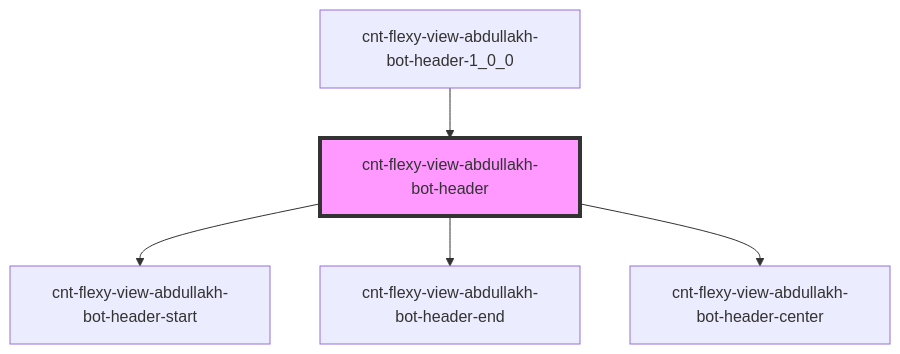
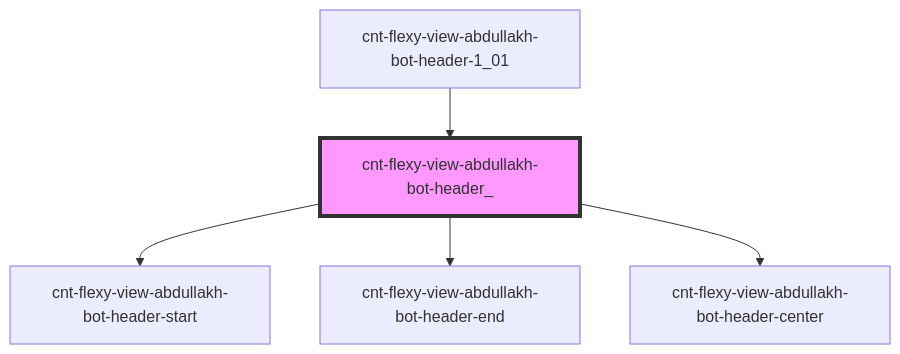
Before and after one commit to Wokh-Dada/botdevelopmentapp: the diagram in src/components/cnt-flexy-view-abdullakh-bot-header/res/view/cnt-flexy-view-abdullakh-bot-header_/readme.md, drawn with Mermaid. The commit also changed other lines of this file and 34 other files, not shown here.

````diff
--- a/src/components/cnt-flexy-view-abdullakh-bot-header/res/view/cnt-flexy-view-abdullakh-bot-header_/readme.md
+++ b/src/components/cnt-flexy-view-abdullakh-bot-header/res/view/cnt-flexy-view-abdullakh-bot-header_/readme.md
@@ -35,8 +35,8 @@
 ```mermaid
 graph TD;
-  cnt-flexy-view-abdullakh-bot-header --> cnt-flexy-view-abdullakh-bot-header-start
-  cnt-flexy-view-abdullakh-bot-header --> cnt-flexy-view-abdullakh-bot-header-end
-  cnt-flexy-view-abdullakh-bot-header --> cnt-flexy-view-abdullakh-bot-header-center
-  cnt-flexy-view-abdullakh-bot-header-1_0_0 --> cnt-flexy-view-abdullakh-bot-header
-  style cnt-flexy-view-abdullakh-bot-header fill:#f9f,stroke:#333,stroke-width:4px
+  cnt-flexy-view-abdullakh-bot-header_ --> cnt-flexy-view-abdullakh-bot-header-start
+  cnt-flexy-view-abdullakh-bot-header_ --> cnt-flexy-view-abdullakh-bot-header-end
+  cnt-flexy-view-abdullakh-bot-header_ --> cnt-flexy-view-abdullakh-bot-header-center
+  cnt-flexy-view-abdullakh-bot-header-1_01 --> cnt-flexy-view-abdullakh-bot-header_
+  style cnt-flexy-view-abdullakh-bot-header_ fill:#f9f,stroke:#333,stroke-width:4px
 ```
````
